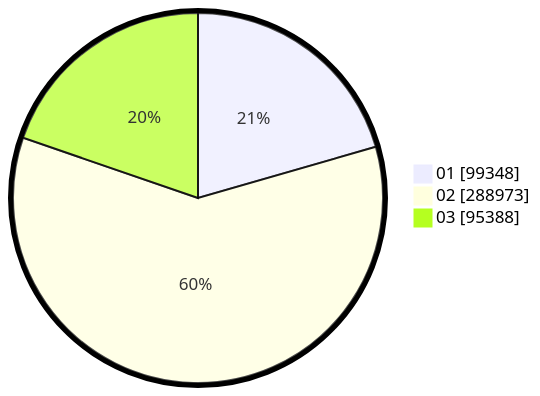
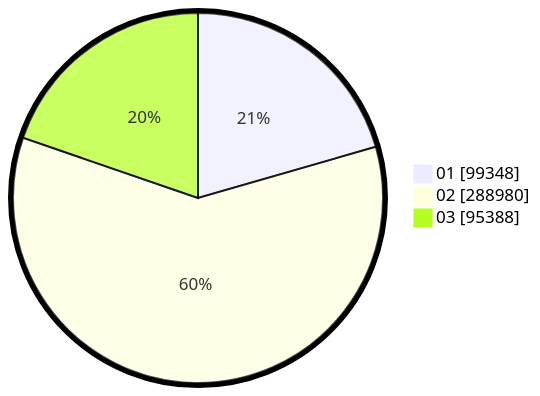
The second of 2 diagrams in pilpres/hitung-suara/sub/table-wilayah-99.md (gigit-pemilu/pemilu-2024), drawn with Mermaid before and after one commit. The commit also changed other lines of this file and 10 other files, not shown here.

````diff
--- a/pilpres/hitung-suara/sub/table-wilayah-99.md
+++ b/pilpres/hitung-suara/sub/table-wilayah-99.md
@@ -15,7 +15,7 @@
 ```mermaid
 %%{init: {"pie": {"textPosition": 0.5}, "themeVariables": {"pieOuterStrokeWidth": "5px"}} }%%
 pie showData
     "01" : 99348
-    "02" : 288973
+    "02" : 288980
     "03" : 95388
 ```
````
